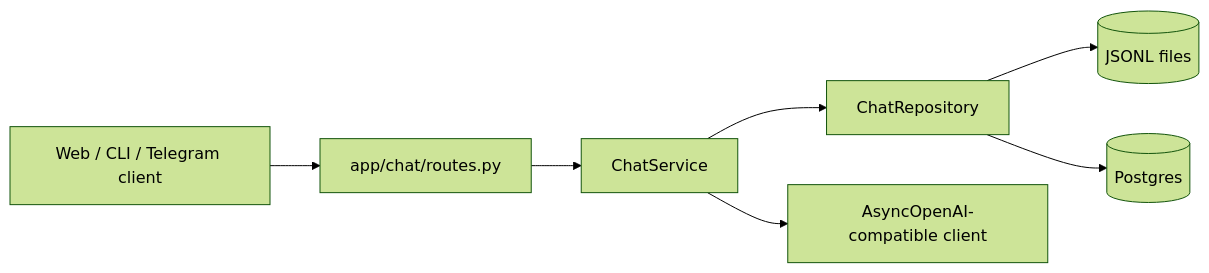
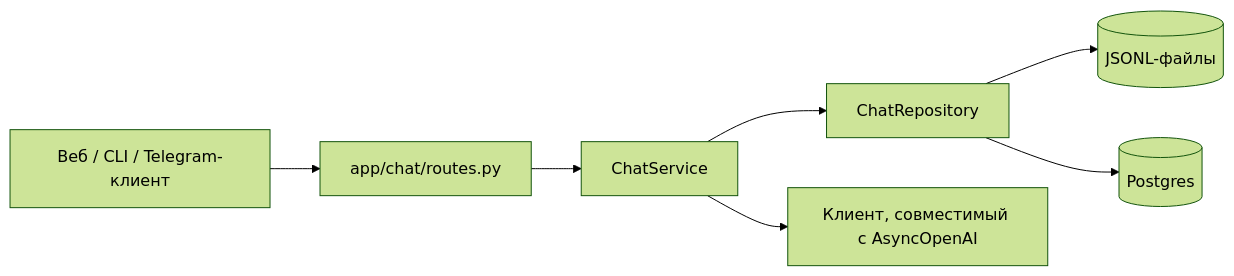
One commit to skoroko/Support_Copilot changed the diagram in docs/chat.md. Above: the diagram before and after it, drawn with Mermaid (forest theme). The commit also changed other lines of this file and 174 other files, not shown here.

````diff
--- a/docs/chat.md
+++ b/docs/chat.md
@@ -10,17 +10,17 @@
 ```mermaid
 flowchart LR
-    Client[Web / CLI / Telegram client]
+    Client[Веб / CLI / Telegram-клиент]
     Routes[app/chat/routes.py]
     Service[ChatService]
     Repo[ChatRepository]
-    Json[(JSONL files)]
+    Json[(JSONL-файлы)]
     Pg[(Postgres)]
-    LLM[AsyncOpenAI-compatible client]
+    LLM[Клиент, совместимый с AsyncOpenAI]
 
     Client --> Routes
     Routes --> Service
     Service --> Repo
     Repo --> Json
     Repo --> Pg
     Service --> LLM
 ```
````
